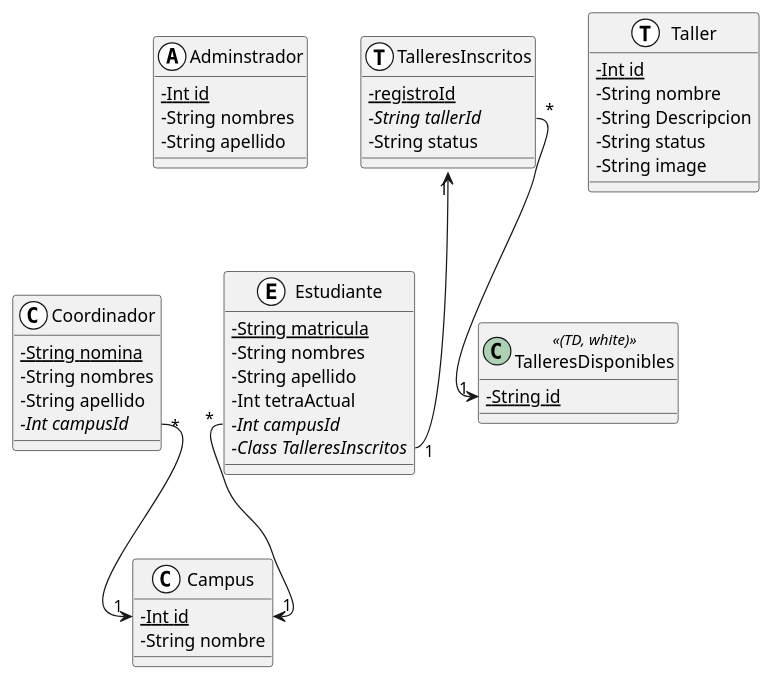
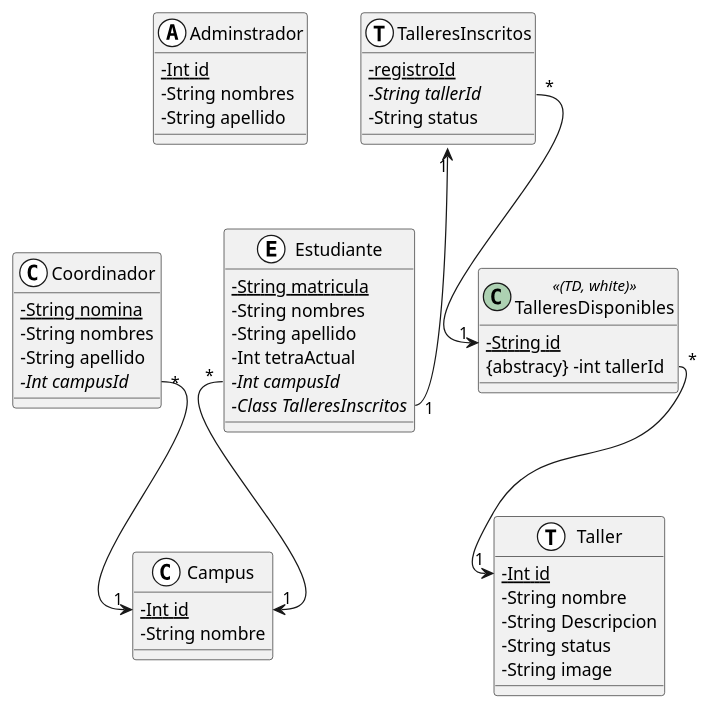
One commit to facund015/codeRelatedObsidianNotes changed the diagram in Reto/Base de datos.md. Above: the diagram before and after it, drawn with PlantUML.

Commit message:
vault backup: 2021-10-12 12:46:25

````diff
--- a/Reto/Base de datos.md
+++ b/Reto/Base de datos.md
@@ -2,59 +2,61 @@
 ```plantuml
 @startuml
 skinparam classAttributeIconSize 0
 
 class Adminstrador <<(A,white)>> {
 	{static} -Int id
 	-String nombres
 	-String apellido
 }
 
 class Estudiante <<(E,white)>> {
 	{static} - String matricula
 	-String nombres
 	-String apellido
 	-Int tetraActual
 	{abstract} -Int campusId
 	{abstract} -Class TalleresInscritos
 }
 
 class Campus <<(C,white)>> {
 	{static} -Int id
 	-String nombre
 }
 
 class TalleresInscritos <<(T,white)>> {
 	{static} -registroId 
 	{abstract} -String tallerId
 	-String status
 }
 
 class Coordinador <<(C,white)>> {
 	{static} -String nomina
 	-String nombres
 	-String apellido
 	{abstract} -Int campusId
 }
 
 class Taller <<(T,white)>> {
     {static} -Int id 
     - String nombre
 	- String Descripcion
     - String status
     - String image
 }
 
 class TalleresDisponibles <<(TD, white)>> {
 	{static} -String id
+	{abstracy} -int tallerId
 }
 
 
 
 
 TalleresInscritos "1" <-- "1" Estudiante::TalleresInscritos
 TalleresInscritos::tallerId "*" --> "1" TalleresDisponibles::id
+TalleresDisponibles::tallerId "*" --> "1" Taller::id
 Estudiante::campusId "*" --> "1" Campus::id
 Coordinador::campusId "*" --> "1" Campus::id 
 
 @enduml
 ```
````
